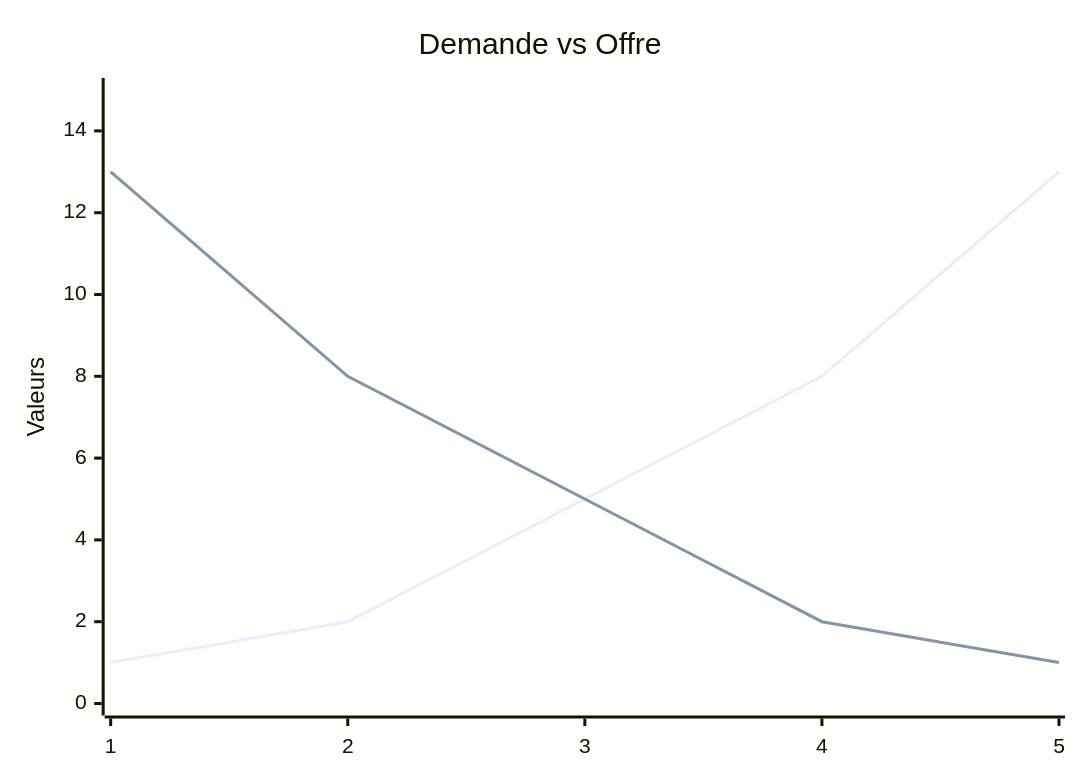
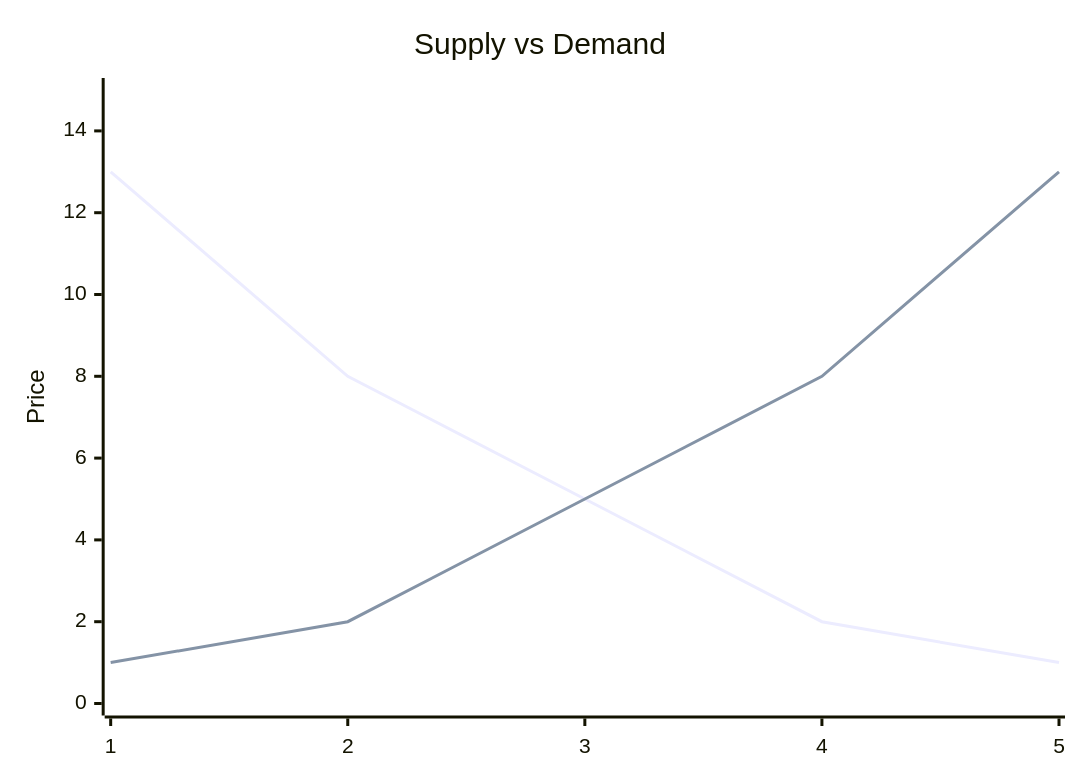
Before and after one commit to fiches-me/cpes: the diagram in eco/ch3/intro.md, drawn with Mermaid. The commit also changed other lines of this file and 23 other files, not shown here.

````diff
--- a/eco/ch3/intro.md
+++ b/eco/ch3/intro.md
@@ -22,8 +22,8 @@
 ```mermaid
 xychart-beta
-    title "Demande vs Offre"
-    x-axis [1,2, 3, 4, 5]
-    y-axis "Valeurs" 0 --> 15
-    line "Demande" [1, 2, 5, 8, 13]
-    line "Offre" [13, 8, 5, 2, 1]
+    title "Supply vs Demand"
+    x-axis [1, 2, 3, 4, 5]
+    y-axis "Price" 0 --> 15
+    line "Demand" [13, 8, 5, 2, 1]
+    line "Supply" [1, 2, 5, 8, 13]
 ```
````
